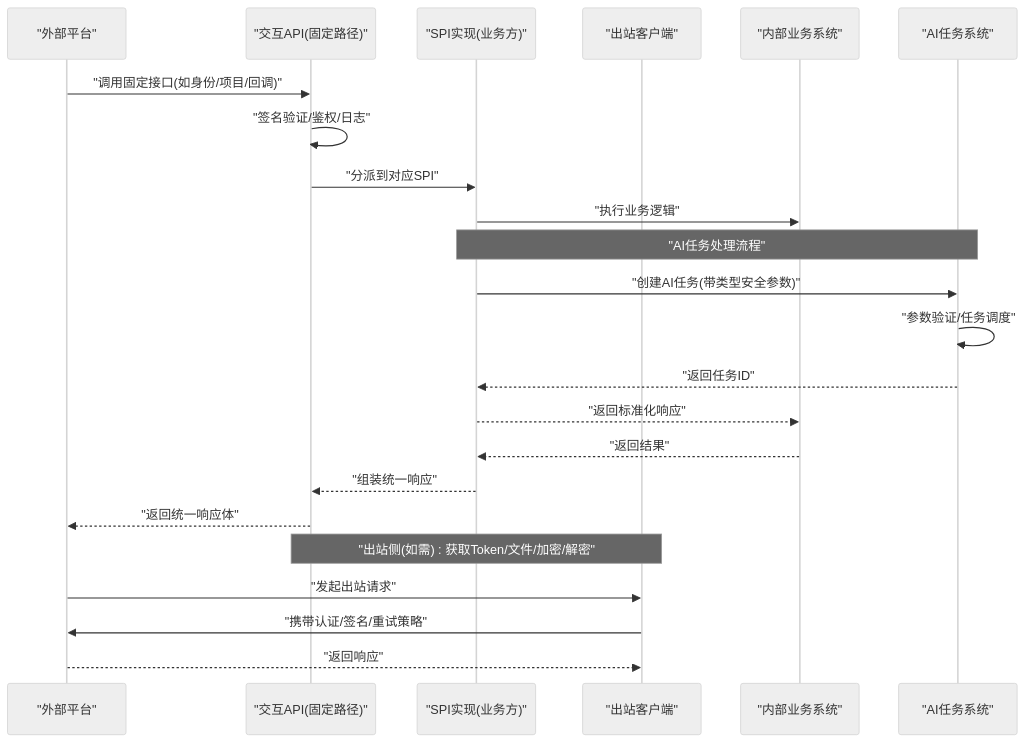
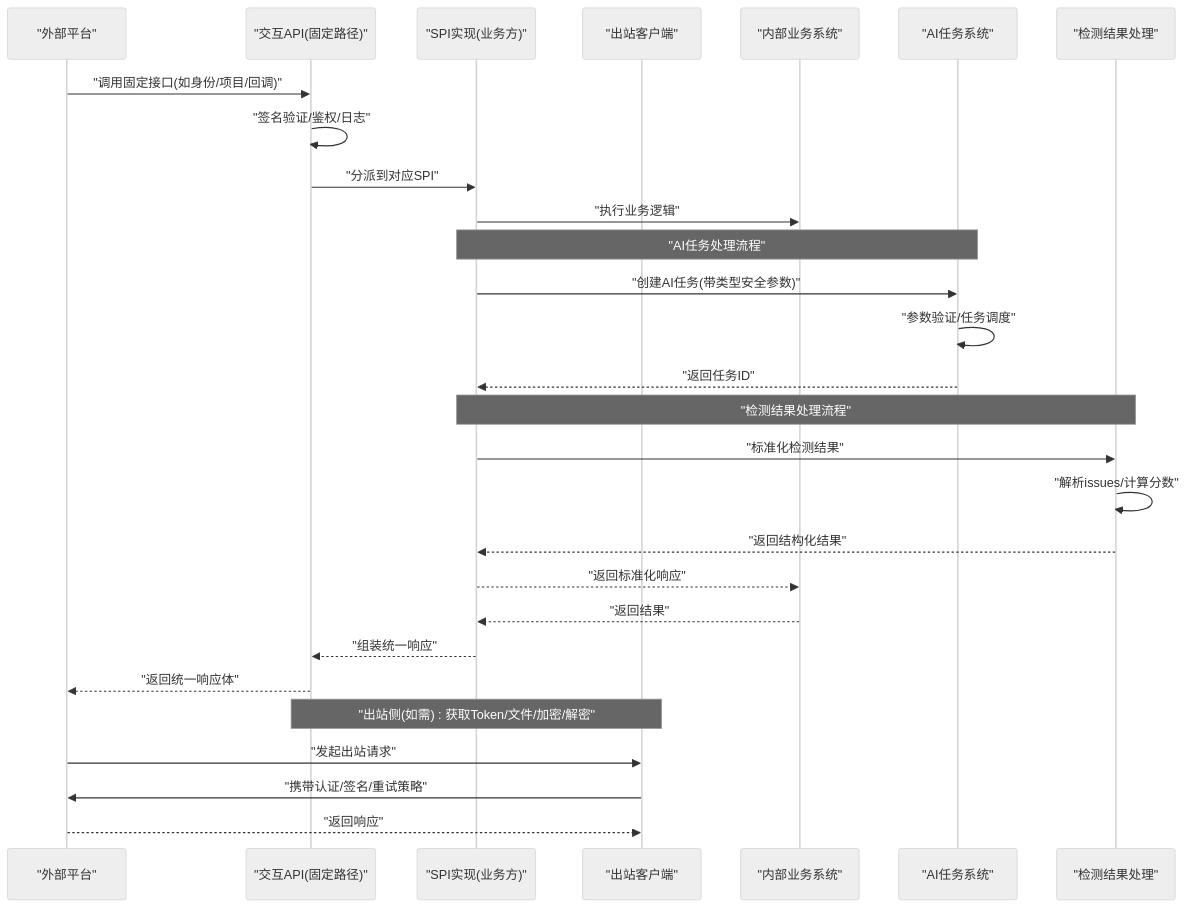
The fifth of 9 diagrams in .qoder/repowiki/zh/content/后端服务/交互服务 (ele-ai-tender-interaction)/交互服务 (ele-ai-tender-interaction).md (DrunkFood/First), drawn with Mermaid (neutral theme) before and after one commit. The commit also changed other lines of this file and 77 other files, not shown here.

````diff
--- a/.qoder/repowiki/zh/content/后端服务/交互服务 (ele-ai-tender-interaction)/交互服务 (ele-ai-tender-interaction).md
+++ b/.qoder/repowiki/zh/content/后端服务/交互服务 (ele-ai-tender-interaction)/交互服务 (ele-ai-tender-interaction).md
@@ -219,25 +322,30 @@
 ```mermaid
 sequenceDiagram
 participant Ext as "外部平台"
 participant API as "交互API(固定路径)"
 participant SPI as "SPI实现(业务方)"
 participant Client as "出站客户端"
 participant Biz as "内部业务系统"
 participant AI as "AI任务系统"
+participant Result as "检测结果处理"
 Ext->>API : "调用固定接口(如身份/项目/回调)"
 API->>API : "签名验证/鉴权/日志"
 API->>SPI : "分派到对应SPI"
 SPI->>Biz : "执行业务逻辑"
 Note over SPI,AI : "AI任务处理流程"
 SPI->>AI : "创建AI任务(带类型安全参数)"
 AI->>AI : "参数验证/任务调度"
 AI-->>SPI : "返回任务ID"
+Note over SPI,Result : "检测结果处理流程"
+SPI->>Result : "标准化检测结果"
+Result->>Result : "解析issues/计算分数"
+Result-->>SPI : "返回结构化结果"
 SPI-->>Biz : "返回标准化响应"
 Biz-->>SPI : "返回结果"
 SPI-->>API : "组装统一响应"
 API-->>Ext : "返回统一响应体"
 Note over API,Client : "出站侧(如需) : 获取Token/文件/加密/解密"
 Ext->>Client : "发起出站请求"
 Client->>Ext : "携带认证/签名/重试策略"
 Ext-->>Client : "返回响应"
 ```
````
